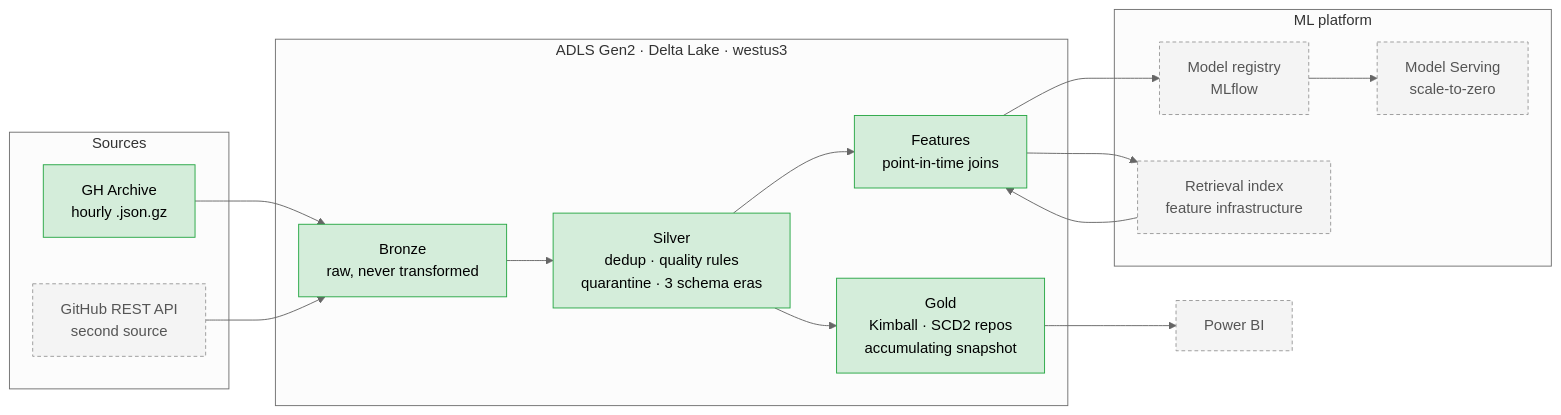
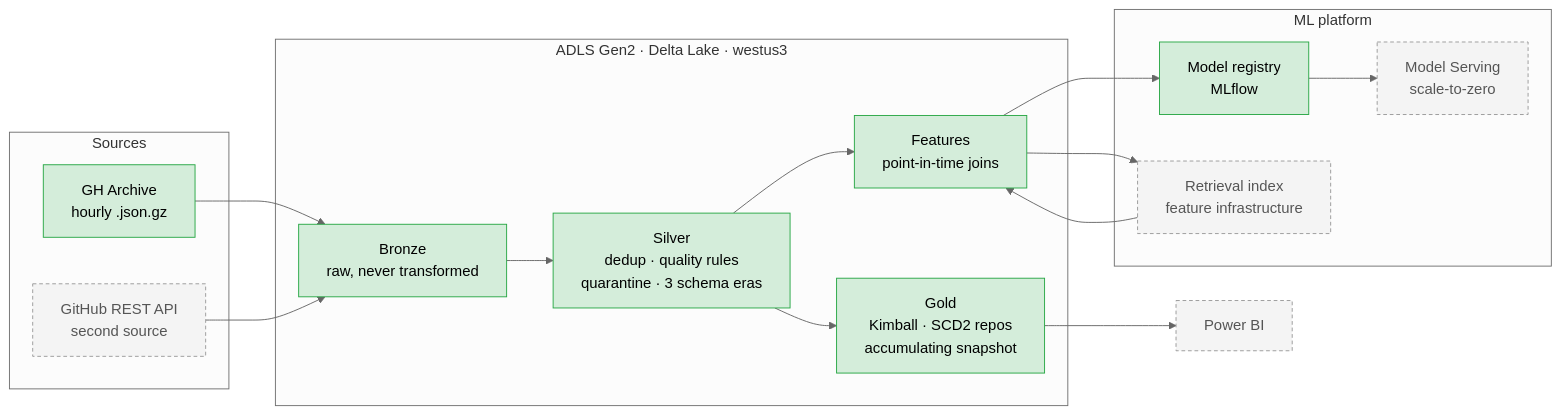
One commit to bsreecharanreddy/almanac changed the diagram in README.md. Above: the diagram before and after it, drawn with Mermaid (neutral theme). The commit also changed other lines of this file and 4 other files, not shown here.

````diff
--- a/README.md
+++ b/README.md
@@ -121,35 +142,35 @@
 ```mermaid
 flowchart LR
   subgraph src[Sources]
     GHA[GH Archive<br/>hourly .json.gz]
     API[GitHub REST API<br/>second source]
   end
 
   subgraph lake[ADLS Gen2 · Delta Lake · westus3]
     B[Bronze<br/>raw, never transformed]
     S[Silver<br/>dedup · quality rules<br/>quarantine · 3 schema eras]
     G[Gold<br/>Kimball · SCD2 repos<br/>accumulating snapshot]
     F[Features<br/>point-in-time joins]
   end
 
   subgraph ml[ML platform]
     R[Model registry<br/>MLflow]
     E[Model Serving<br/>scale-to-zero]
     V[Retrieval index<br/>feature infrastructure]
   end
 
   GHA --> B
   API --> B
   B --> S
   S --> G
   S --> F
   G --> BI[Power BI]
   F --> R --> E
   F --> V
   V --> F
 
   classDef done fill:#d4edda,stroke:#28a745,color:#000
   classDef todo fill:#f4f4f4,stroke:#999,color:#555,stroke-dasharray:4 3
-  class GHA,B,S,G,F done
-  class API,R,E,V,BI todo
+  class GHA,B,S,G,F,R done
+  class API,E,V,BI todo
 ```
````
